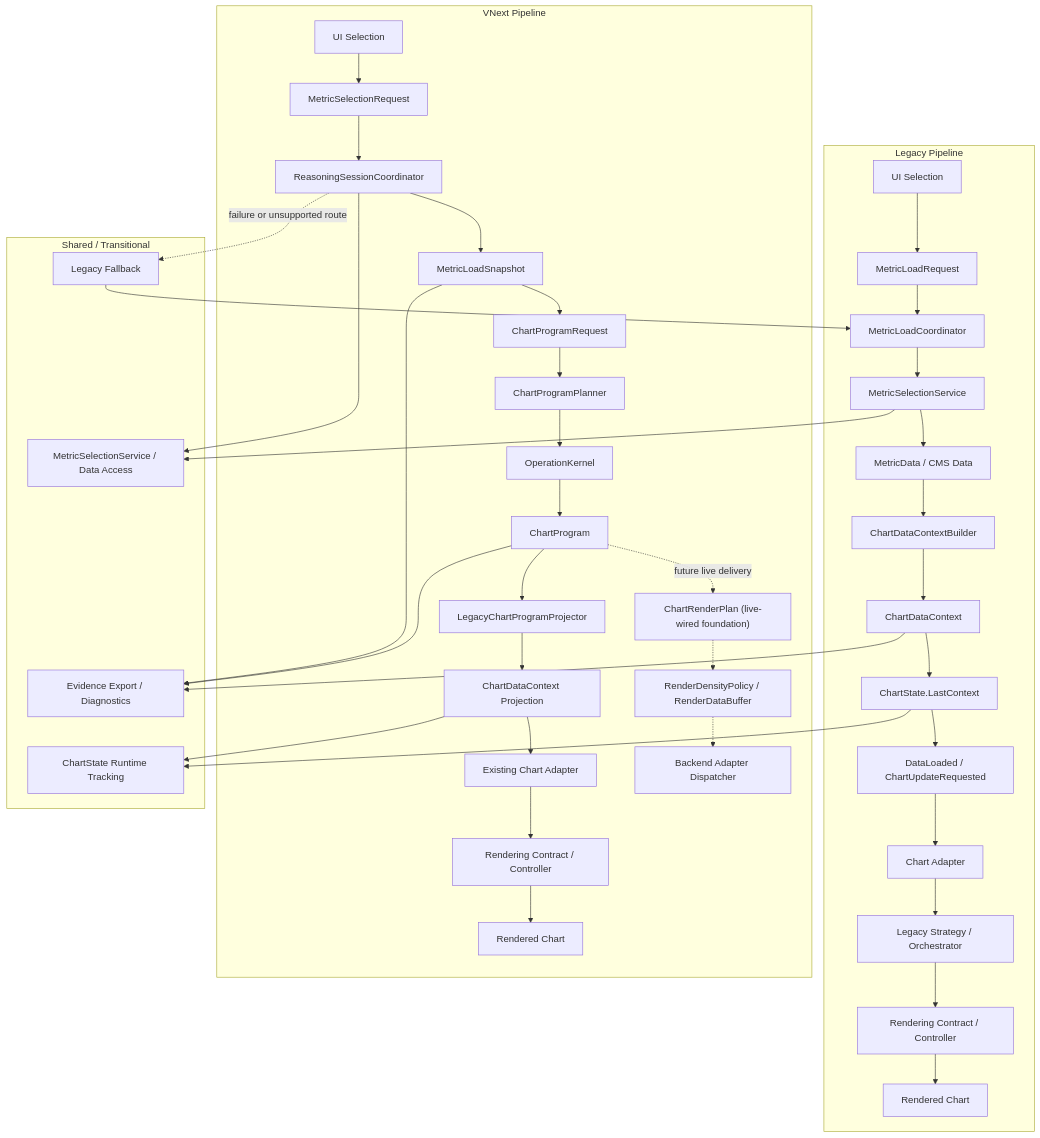
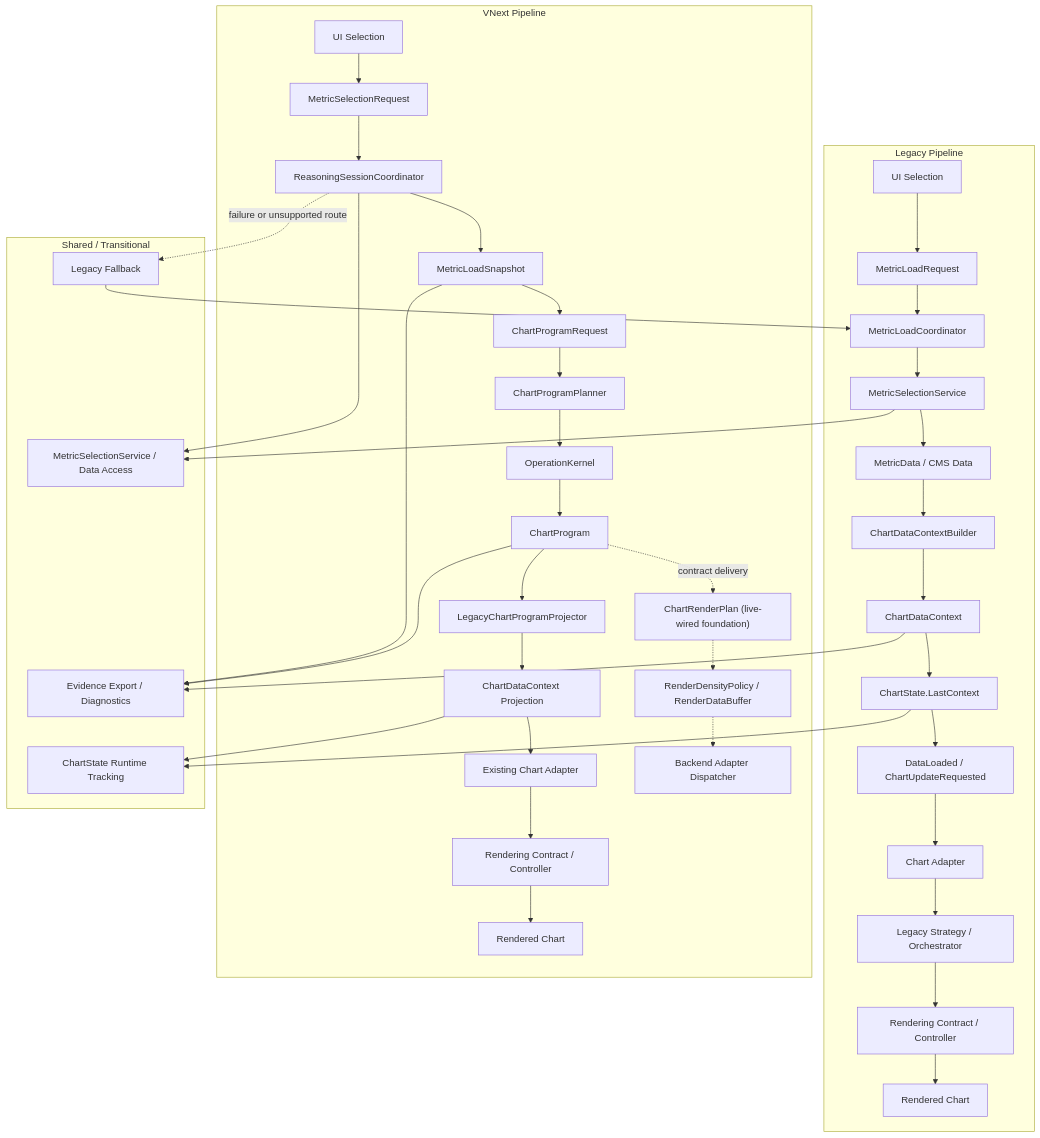
One commit to krebisz/DataAnalyser changed the first of 2 diagrams in documents/SYSTEM_MAP.md. Above: the diagram before and after it, drawn with Mermaid. The commit also changed other lines of this file and 14 other files, not shown here.

```diff
--- a/documents/SYSTEM_MAP.md
+++ b/documents/SYSTEM_MAP.md
@@ -605,7 +678,7 @@
         V_PROGRAM_REQUEST --> V_PLANNER
         V_PLANNER --> V_KERNEL
         V_KERNEL --> V_PROGRAM
-        V_PROGRAM -. "future live delivery" .-> V_PLAN
+        V_PROGRAM -. "contract delivery" .-> V_PLAN
         V_PLAN -.-> V_DENSITY
         V_DENSITY -.-> V_BACKEND
         V_PROGRAM --> V_PROJECTOR
```
